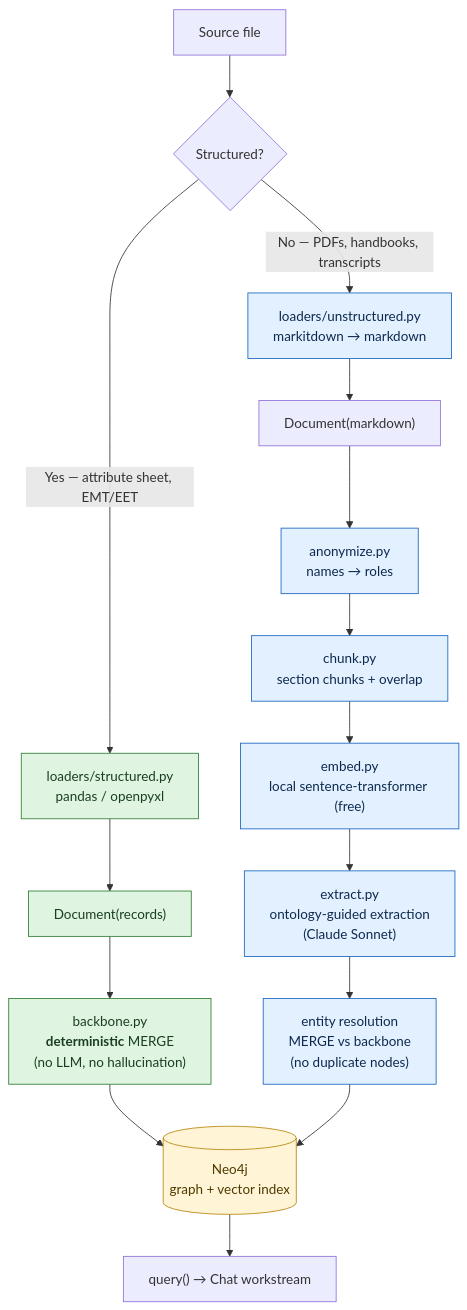
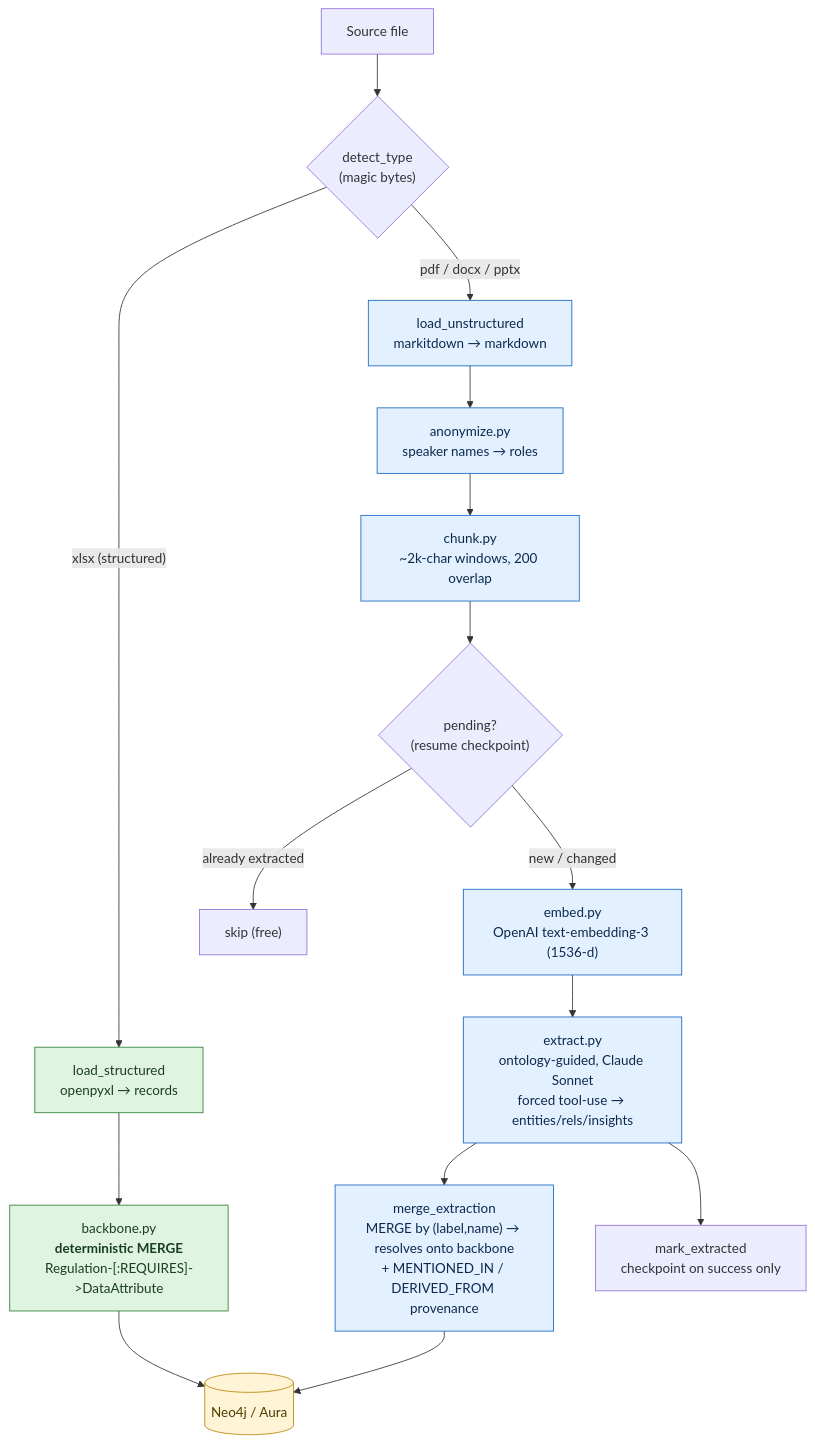
One commit to sidcommits/hackathon-ideation-kg changed the second of 8 diagrams in planning/architecture.md. Above: the diagram before and after it, drawn with Mermaid. The commit also changed other lines of this file, not shown here.

First line of the commit message:
docs(architecture): expand to full-system architecture + illustration (8 Mermaid diagrams)

````diff
--- a/planning/architecture.md
+++ b/planning/architecture.md
@@ -19,29 +71,28 @@
 ```mermaid
 flowchart TD
-    A["Source file"] --> B{Structured?}
+    A["Source file"] --> B{"detect_type<br/>(magic bytes)"}
 
-    B -->|"Yes — attribute sheet, EMT/EET"| C["loaders/structured.py<br/>pandas / openpyxl"]
-    B -->|"No — PDFs, handbooks, transcripts"| D["loaders/unstructured.py<br/>markitdown → markdown"]
+    B -->|"xlsx (structured)"| C["load_structured<br/>openpyxl → records"]
+    B -->|"pdf / docx / pptx"| D["load_unstructured<br/>markitdown → markdown"]
 
-    C --> E["Document(records)"]
-    D --> F["Document(markdown)"]
+    C --> J["backbone.py<br/><b>deterministic MERGE</b><br/>Regulation-[:REQUIRES]->DataAttribute"]
 
-    F --> G["anonymize.py<br/>names → roles"]
-    G --> H["chunk.py<br/>section chunks + overlap"]
-    H --> I["embed.py<br/>local sentence-transformer (free)"]
+    D --> G["anonymize.py<br/>speaker names → roles"]
+    G --> H["chunk.py<br/>~2k-char windows, 200 overlap"]
+    H --> R{"pending?<br/>(resume checkpoint)"}
+    R -->|"already extracted"| SKIP["skip (free)"]
+    R -->|"new / changed"| I["embed.py<br/>OpenAI text-embedding-3 (1536-d)"]
+    I --> K["extract.py<br/>ontology-guided, Claude Sonnet<br/>forced tool-use → entities/rels/insights"]
+    K --> L["merge_extraction<br/>MERGE by (label,name) → resolves onto backbone<br/>+ MENTIONED_IN / DERIVED_FROM provenance"]
+    K --> CK["mark_extracted<br/>checkpoint on success only"]
 
-    E --> J["backbone.py<br/><b>deterministic</b> MERGE<br/>(no LLM, no hallucination)"]
-    I --> K["extract.py<br/>ontology-guided extraction<br/>(Claude Sonnet)"]
-    K --> L["entity resolution<br/>MERGE vs backbone<br/>(no duplicate nodes)"]
-
-    J --> M[("Neo4j<br/>graph + vector index")]
+    J --> M[("Neo4j / Aura")]
     L --> M
-    M --> N["query() → Chat workstream"]
 
     classDef det fill:#dff5e1,stroke:#2e7d32,color:#1b3d22;
     classDef llm fill:#e3f0ff,stroke:#1565c0,color:#0d2a4d;
     classDef store fill:#fff4d6,stroke:#b8860b,color:#4d3b00;
-    class C,E,J det;
+    class C,J det;
     class D,G,H,I,K,L llm;
     class M store;
 ```
````
